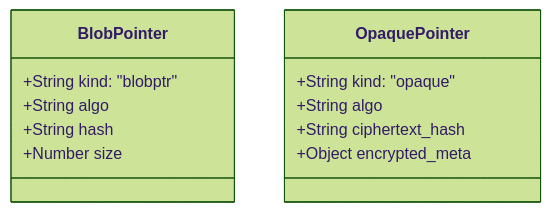
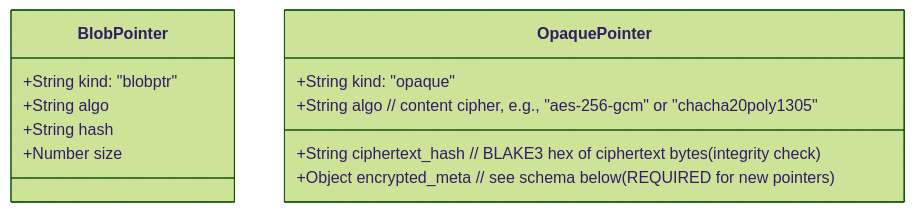
The eighth of 21 diagrams in docs/SPEC.md (flyingrobots/gatos), drawn with Mermaid (forest theme) before and after one commit. The commit also changed other lines of this file and 13 other files, not shown here.

Commit message:
docs/spec: make Explorer‑Root serialization canonical with BE32 length‑prefixing + example vector; tighten policy bundle id (blake3), CAS/backoff; strengthen DAG‑CBOR canonicalization and sig_alg semantics; opaque pointer schema + migration note; regenerate anchors/TOC and fix TOC spacing

````diff
--- a/docs/SPEC.md
+++ b/docs/SPEC.md
@@ -503,15 +524,15 @@
 ```mermaid
 classDiagram
     class BlobPointer {
         +String kind: "blobptr"
         +String algo
         +String hash
         +Number size
     }
     class OpaquePointer {
         +String kind: "opaque"
-        +String algo
-        +String ciphertext_hash
-        +Object encrypted_meta
+        +String algo                // content cipher, e.g., "aes-256-gcm" or "chacha20poly1305"
+        +String ciphertext_hash     // BLAKE3 hex of ciphertext bytes (integrity check)
+        +Object encrypted_meta      // see schema below (REQUIRED for new pointers)
     }
 ```
````
